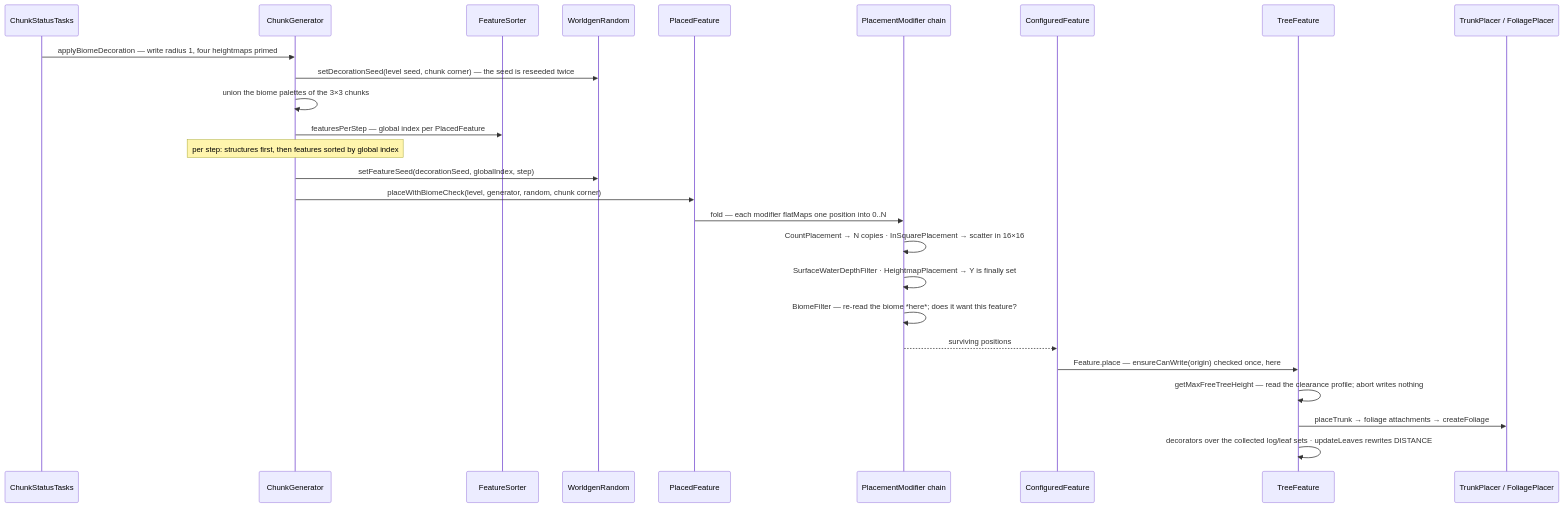
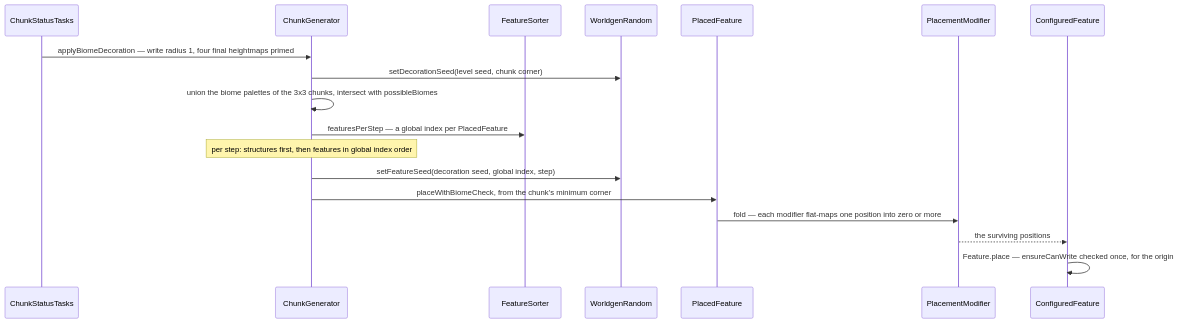
One commit to AlexanderjFraser/MinecraftDocs changed the first of 2 diagrams in src/systems/worldgen/features-and-placement.md. Above: the diagram before and after it, drawn with Mermaid. The commit also changed other lines of this file and 27 other files, not shown here.

````diff
--- a/src/systems/worldgen/features-and-placement.md
+++ b/src/systems/worldgen/features-and-placement.md
@@ -109,29 +36,21 @@
 ```mermaid
 sequenceDiagram
     participant CST as ChunkStatusTasks
-    participant CG as ChunkGenerator
+    participant ChunkG as ChunkGenerator
     participant FS as FeatureSorter
     participant WR as WorldgenRandom
-    participant PF as PlacedFeature
-    participant PM as PlacementModifier chain
+    participant PlacedF as PlacedFeature
+    participant PMod as PlacementModifier
     participant CF as ConfiguredFeature
-    participant TF as TreeFeature
-    participant TP as TrunkPlacer / FoliagePlacer
 
-    CST->>CG: applyBiomeDecoration — write radius 1, four heightmaps primed
-    CG->>WR: setDecorationSeed(level seed, chunk corner) — the seed is reseeded twice
-    CG->>CG: union the biome palettes of the 3×3 chunks
-    CG->>FS: featuresPerStep — global index per PlacedFeature
-    Note over CG: per step: structures first, then features sorted by global index
-    CG->>WR: setFeatureSeed(decorationSeed, globalIndex, step)
-    CG->>PF: placeWithBiomeCheck(level, generator, random, chunk corner)
-    PF->>PM: fold — each modifier flatMaps one position into 0..N
-    PM->>PM: CountPlacement → N copies · InSquarePlacement → scatter in 16×16
-    PM->>PM: SurfaceWaterDepthFilter · HeightmapPlacement → Y is finally set
-    PM->>PM: BiomeFilter — re-read the biome *here*#59; does it want this feature?
-    PM-->>CF: surviving positions
-    CF->>TF: Feature.place — ensureCanWrite(origin) checked once, here
-    TF->>TF: getMaxFreeTreeHeight — read the clearance profile#59; abort writes nothing
-    TF->>TP: placeTrunk → foliage attachments → createFoliage
-    TF->>TF: decorators over the collected log/leaf sets · updateLeaves rewrites DISTANCE
+    CST->>ChunkG: applyBiomeDecoration — write radius 1, four final heightmaps primed
+    ChunkG->>WR: setDecorationSeed(level seed, chunk corner)
+    ChunkG->>ChunkG: union the biome palettes of the 3x3 chunks, intersect with possibleBiomes
+    ChunkG->>FS: featuresPerStep — a global index per PlacedFeature
+    Note over ChunkG: per step: structures first, then features in global index order
+    ChunkG->>WR: setFeatureSeed(decoration seed, global index, step)
+    ChunkG->>PlacedF: placeWithBiomeCheck, from the chunk's minimum corner
+    PlacedF->>PMod: fold — each modifier flat-maps one position into zero or more
+    PMod-->>CF: the surviving positions
+    CF->>CF: Feature.place — ensureCanWrite checked once, for the origin
 ```
````
